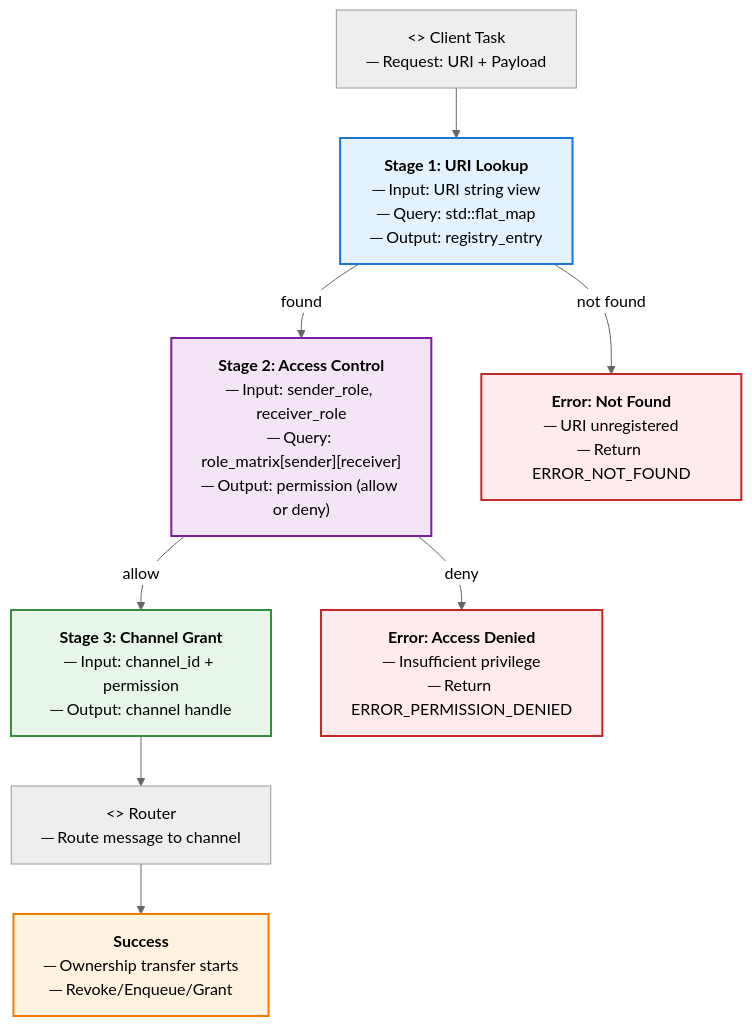
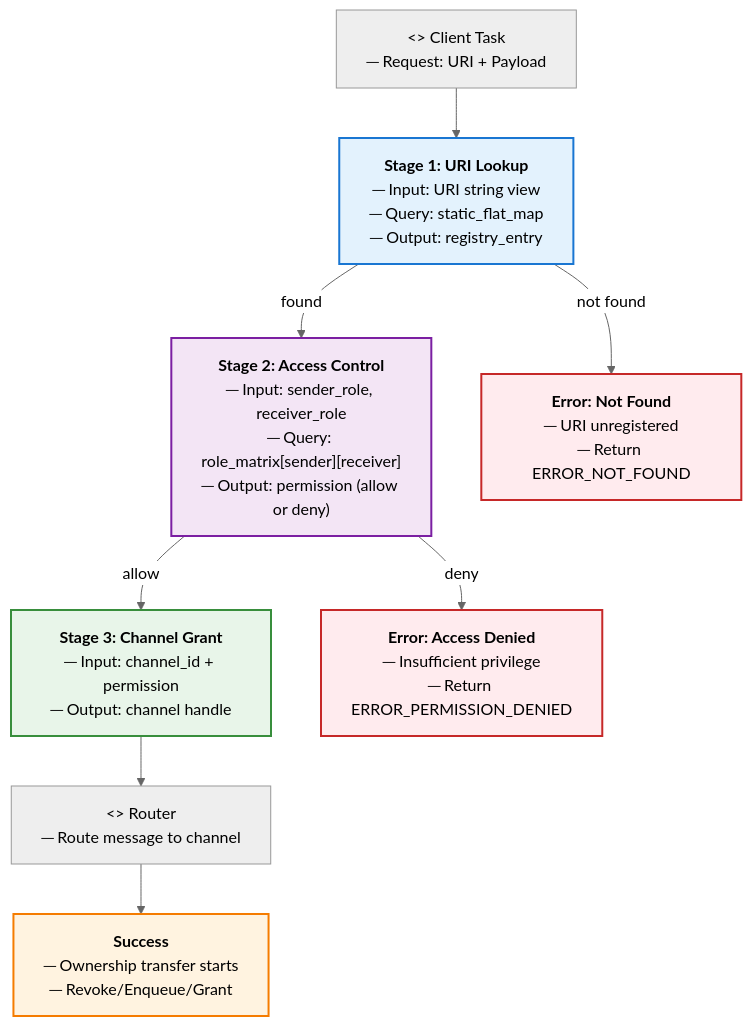
One commit to kmt-t/fireball changed the second of 6 diagrams in docs/components/interface/ipc_router.md. Above: the diagram before and after it, drawn with Mermaid (neutral theme). The commit also changed other lines of this file and 44 other files, not shown here.

````diff
--- a/docs/components/interface/ipc_router.md
+++ b/docs/components/interface/ipc_router.md
@@ -103,33 +118,33 @@
 ```mermaid
 graph TD
     Client["<<block>> Client Task<br/>─ Request: URI + Payload"]
     
-    Lookup["<b>Stage 1: URI Lookup</b><br/>─ Input: URI string view<br/>─ Query: std::flat_map<br/>─ Output: registry_entry"]
+    Lookup["<b>Stage 1: URI Lookup</b><br/>─ Input: URI string view<br/>─ Query: static_flat_map<br/>─ Output: registry_entry"]
     
     ACCheck["<b>Stage 2: Access Control</b><br/>─ Input: sender_role, receiver_role<br/>─ Query: role_matrix[sender][receiver]<br/>─ Output: permission (allow or deny)"]
     
     ChGrant["<b>Stage 3: Channel Grant</b><br/>─ Input: channel_id + permission<br/>─ Output: channel handle"]
     
     Router["<<block>> Router<br/>─ Route message to channel"]
     
     Error1["<b>Error: Not Found</b><br/>─ URI unregistered<br/>─ Return ERROR_NOT_FOUND"]
     
     Error2["<b>Error: Access Denied</b><br/>─ Insufficient privilege<br/>─ Return ERROR_PERMISSION_DENIED"]
     
     Success["<b>Success</b><br/>─ Ownership transfer starts<br/>─ Revoke/Enqueue/Grant"]
     
     Client --> Lookup
     Lookup -->|found| ACCheck
     Lookup -->|not found| Error1
     ACCheck -->|allow| ChGrant
     ACCheck -->|deny| Error2
     ChGrant --> Router
     Router --> Success
     
     style Lookup fill:#e3f2fd,stroke:#1976d2,stroke-width:2px
     style ACCheck fill:#f3e5f5,stroke:#7b1fa2,stroke-width:2px
     style ChGrant fill:#e8f5e9,stroke:#388e3c,stroke-width:2px
     style Success fill:#fff3e0,stroke:#f57c00,stroke-width:2px
     style Error1 fill:#ffebee,stroke:#c62828,stroke-width:2px
     style Error2 fill:#ffebee,stroke:#c62828,stroke-width:2px
 ```
````
